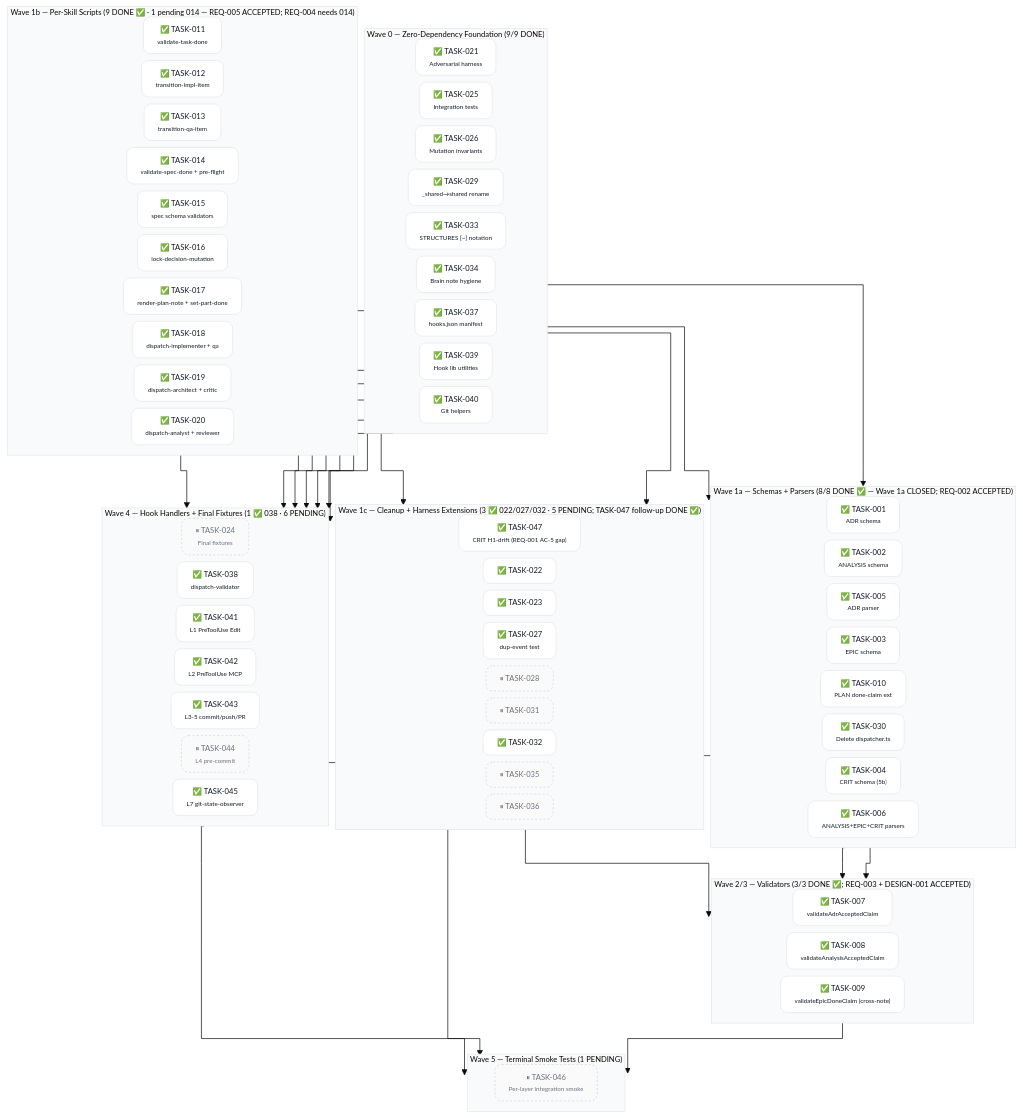
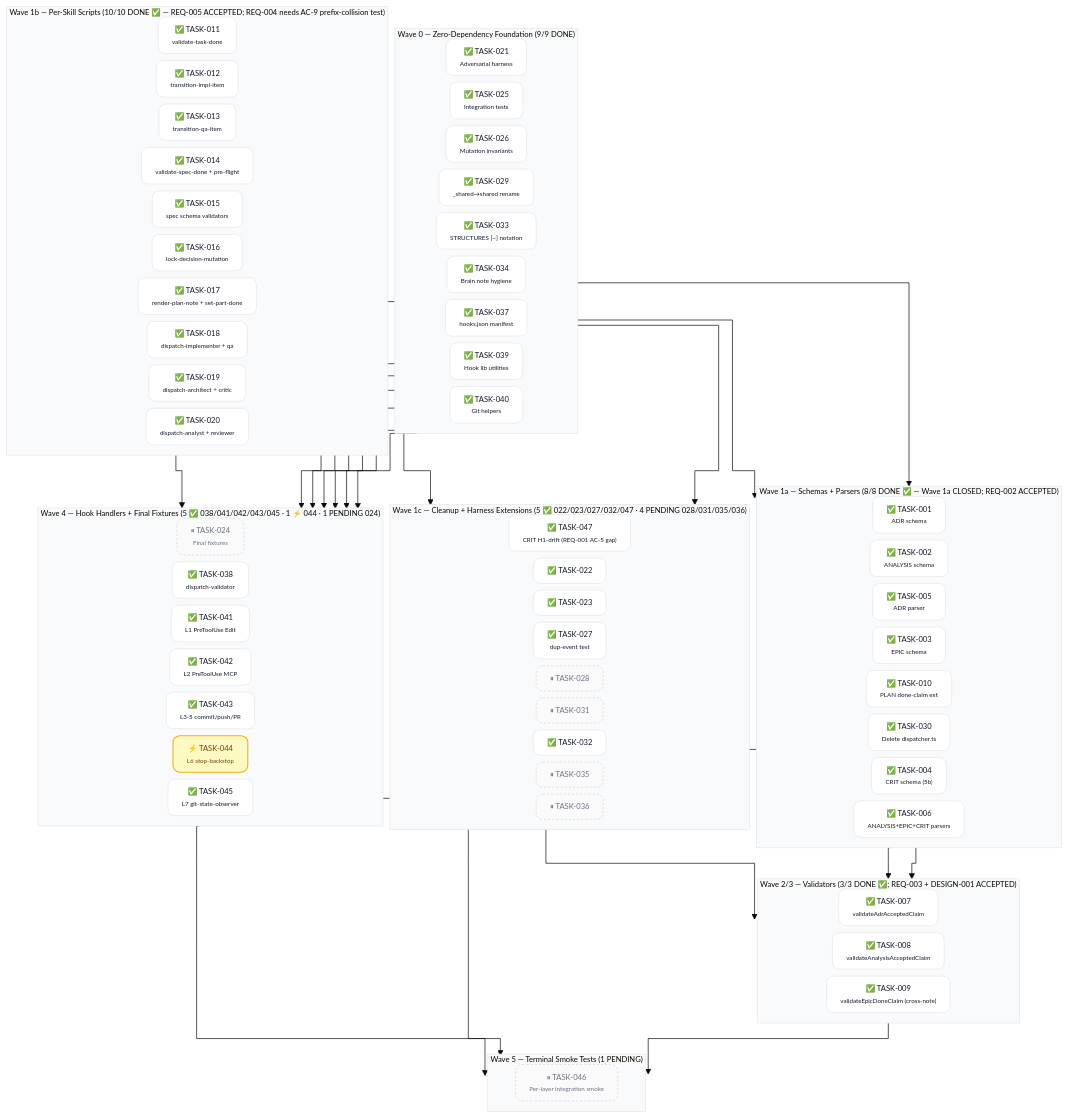
Before and after one commit to acmelabs-15/skills: the second of 2 diagrams in docs/planning/PLAN-001-skills-ecosystem.md, drawn with Mermaid. The commit also changed other lines of this file and 2 other files, not shown here.

First line of the commit message:
sync(SPEC-008): remediate SPEC-root + PLAN wave-graph drift (Event 121)

````diff
--- a/docs/planning/PLAN-001-skills-ecosystem.md
+++ b/docs/planning/PLAN-001-skills-ecosystem.md
@@ -181,7 +181,7 @@
     T006["✅ TASK-006<br/><span style='font-size:9px'>ANALYSIS+EPIC+CRIT parsers</span>"]
   end
 
-  subgraph W1b ["Wave 1b — Per-Skill Scripts (9 DONE ✅ · 1 pending 014 — REQ-005 ACCEPTED; REQ-004 needs 014)"]
+  subgraph W1b ["Wave 1b — Per-Skill Scripts (10/10 DONE ✅ — REQ-005 ACCEPTED; REQ-004 needs AC-9 prefix-collision test)"]
     direction LR
     T011["✅ TASK-011<br/><span style='font-size:9px'>validate-task-done</span>"]
     T012["✅ TASK-012<br/><span style='font-size:9px'>transition-impl-item</span>"]
@@ -195,7 +195,7 @@
     T020["✅ TASK-020<br/><span style='font-size:9px'>dispatch-analyst + reviewer</span>"]
   end
 
-  subgraph W1c ["Wave 1c — Cleanup + Harness Extensions (3 ✅ 022/027/032 · 5 PENDING; TASK-047 follow-up DONE ✅)"]
+  subgraph W1c ["Wave 1c — Cleanup + Harness Extensions (5 ✅ 022/023/027/032/047 · 4 PENDING 028/031/035/036)"]
     direction LR
     T047["✅ TASK-047<br/><span style='font-size:9px'>CRIT H1-drift (REQ-001 AC-5 gap)</span>"]
     T022["✅ TASK-022"]
@@ -215,14 +215,14 @@
     T009["✅ TASK-009<br/><span style='font-size:9px'>validateEpicDoneClaim (cross-note)</span>"]
   end
 
-  subgraph W4 ["Wave 4 — Hook Handlers + Final Fixtures (1 ✅ 038 · 6 PENDING)"]
+  subgraph W4 ["Wave 4 — Hook Handlers + Final Fixtures (5 ✅ 038/041/042/043/045 · 1 ⚡ 044 · 1 PENDING 024)"]
     direction LR
     T024["⏸ TASK-024<br/><span style='font-size:9px'>Final fixtures</span>"]
     T038["✅ TASK-038<br/><span style='font-size:9px'>dispatch-validator</span>"]
     T041["✅ TASK-041<br/><span style='font-size:9px'>L1 PreToolUse Edit</span>"]
     T042["✅ TASK-042<br/><span style='font-size:9px'>L2 PreToolUse MCP</span>"]
     T043["✅ TASK-043<br/><span style='font-size:9px'>L3-5 commit/push/PR</span>"]
-    T044["⏸ TASK-044<br/><span style='font-size:9px'>L4 pre-commit</span>"]
+    T044["⚡ TASK-044<br/><span style='font-size:9px'>L6 stop-backstop</span>"]
     T045["✅ TASK-045<br/><span style='font-size:9px'>L7 git-state-observer</span>"]
   end
 
@@ -255,5 +255,6 @@
 
   class T001,T002,T003,T004,T005,T006,T010,T021,T025,T026,T029,T030,T033,T034,T037,T039,T040 done
   class T007,T008,T009,T047,T011,T012,T013,T015,T016,T017,T018,T019,T020,T022,T032,T038,T027,T014,T023,T041,T042,T043,T045 done
-  class T024,T028,T031,T035,T036,T044,T046 pending
+  class T044 inprogress
+  class T024,T028,T031,T035,T036,T046 pending
 ```
````
